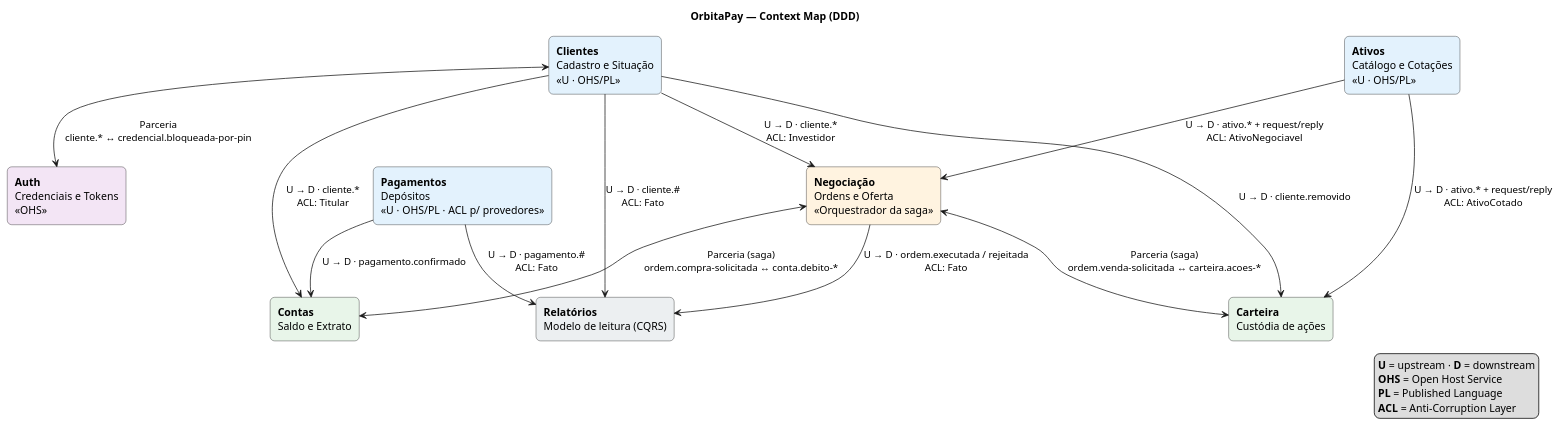
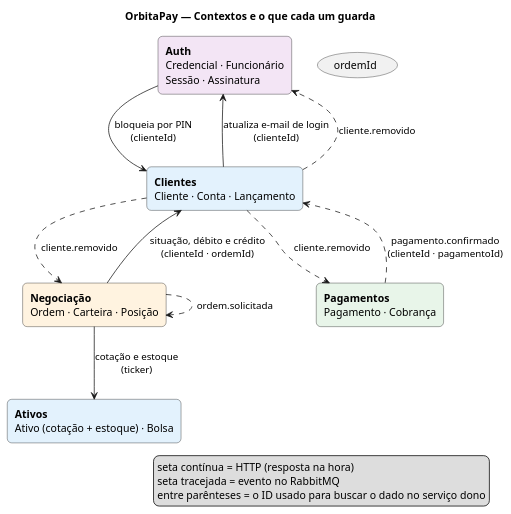
The diagram in docs/plantuml/02-context-map.puml (Endrigogustavo/OrbitaPay), drawn with PlantUML before and after one commit. The commit also changed 788 other files, not shown here.

First line of the commit message:
refactor(backend): rewrite as 6 clean-architecture microservices

```diff
--- a/docs/plantuml/02-context-map.puml
+++ b/docs/plantuml/02-context-map.puml
@@ -1,42 +1,32 @@
 @startuml 02-context-map
-title OrbitaPay — Context Map (DDD)
+title OrbitaPay — Contextos e o que cada um guarda
 
 skinparam shadowing false
 skinparam defaultFontName "Segoe UI"
 skinparam rectangle {
   RoundCorner 12
 }
 
-rectangle "**Auth**\nCredenciais e Tokens\n<<OHS>>" as AUT #F3E5F5
-rectangle "**Clientes**\nCadastro e Situação\n<<U · OHS/PL>>" as CLI #E3F2FD
-rectangle "**Ativos**\nCatálogo e Cotações\n<<U · OHS/PL>>" as ATV #E3F2FD
-rectangle "**Negociação**\nOrdens e Oferta\n<<Orquestrador da saga>>" as NEG #FFF3E0
-rectangle "**Contas**\nSaldo e Extrato" as CON #E8F5E9
-rectangle "**Carteira**\nCustódia de ações" as CAR #E8F5E9
-rectangle "**Pagamentos**\nDepósitos\n<<U · OHS/PL · ACL p/ provedores>>" as PAG #E3F2FD
-rectangle "**Relatórios**\nModelo de leitura (CQRS)" as REL #ECEFF1
+rectangle "**Auth**\nCredencial · Funcionário\nSessão · Assinatura" as AUT #F3E5F5
+rectangle "**Clientes**\nCliente · Conta · Lançamento" as CLI #E3F2FD
+rectangle "**Ativos**\nAtivo (cotação + estoque) · Bolsa" as ATV #E3F2FD
+rectangle "**Negociação**\nOrdem · Carteira · Posição" as NEG #FFF3E0
+rectangle "**Pagamentos**\nPagamento · Cobrança" as PAG #E8F5E9
 
-CLI <--> AUT : Parceria\ncliente.* ↔ credencial.bloqueada-por-pin
-
-CLI --> CON : U → D · cliente.*\nACL: Titular
-CLI --> NEG : U → D · cliente.*\nACL: Investidor
-CLI --> CAR : U → D · cliente.removido
-CLI --> REL : U → D · cliente.#\nACL: Fato
-
-ATV --> NEG : U → D · ativo.* + request/reply\nACL: AtivoNegociavel
-ATV --> CAR : U → D · ativo.* + request/reply\nACL: AtivoCotado
-
-NEG <--> CON : Parceria (saga)\nordem.compra-solicitada ↔ conta.debito-*
-NEG <--> CAR : Parceria (saga)\nordem.venda-solicitada ↔ carteira.acoes-*
-NEG --> REL : U → D · ordem.executada / rejeitada\nACL: Fato
-
-PAG --> CON : U → D · pagamento.confirmado
-PAG --> REL : U → D · pagamento.#\nACL: Fato
+AUT --> CLI : bloqueia por PIN\n(clienteId)
+CLI --> AUT : atualiza e-mail de login\n(clienteId)
+NEG --> ATV : cotação e estoque\n(ticker)
+NEG --> CLI : situação, débito e crédito\n(clienteId · ordemId)
+PAG ..> CLI : pagamento.confirmado\n(clienteId · pagamentoId)
+CLI ..> AUT : cliente.removido
+CLI ..> NEG : cliente.removido
+CLI ..> PAG : cliente.removido
+NEG ..> NEG : ordem.solicitada
+(ordemId)
 
 legend right
-  **U** = upstream · **D** = downstream
-  **OHS** = Open Host Service
-  **PL** = Published Language
-  **ACL** = Anti-Corruption Layer
+  seta contínua = HTTP (resposta na hora)
+  seta tracejada = evento no RabbitMQ
+  entre parênteses = o ID usado para buscar o dado no serviço dono
 endlegend
 @enduml
```
